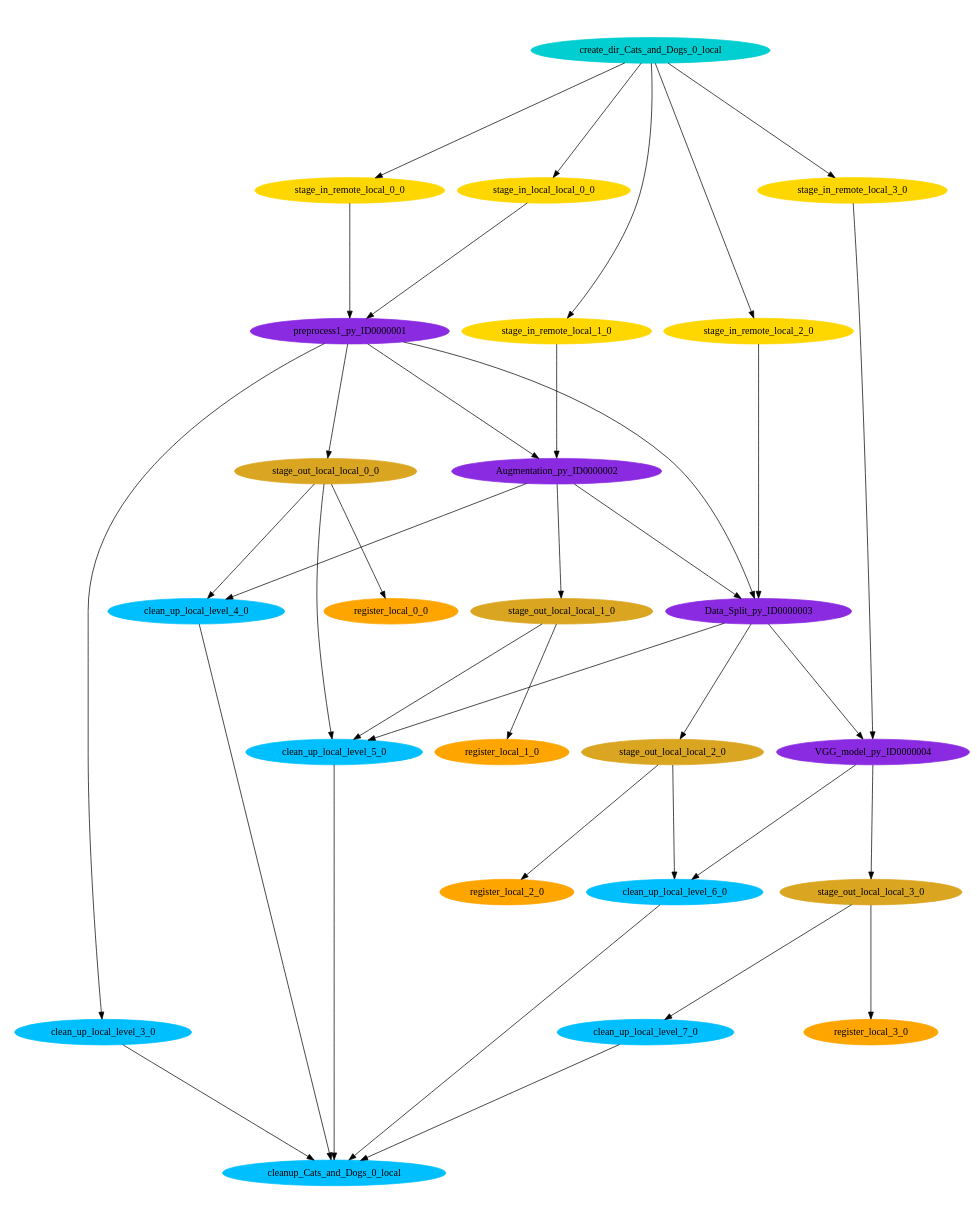
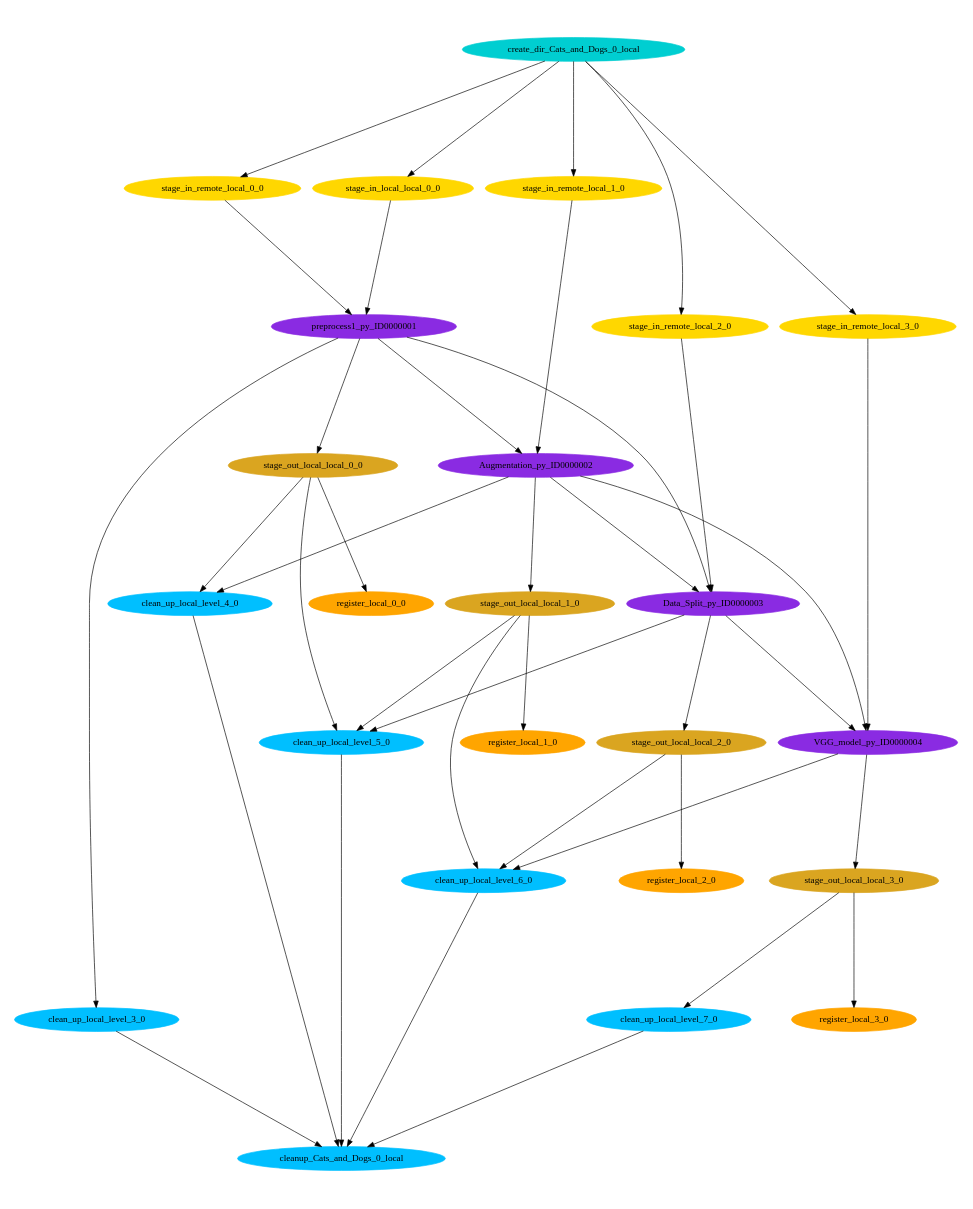
One commit to ssrujanaa/Scientific-Workflows changed the diagram in shared-data/CatsAndDogs/scitech/pegasus/Cats_and_Dogs/run0001/Cats_and_Dogs-0.dot. Above: the diagram before and after it, drawn with Graphviz. The commit also changed 1801 other files, not shown here.

```diff
--- a/shared-data/CatsAndDogs/scitech/pegasus/Cats_and_Dogs/run0001/Cats_and_Dogs-0.dot
+++ b/shared-data/CatsAndDogs/scitech/pegasus/Cats_and_Dogs/run0001/Cats_and_Dogs-0.dot
@@ -1,67 +1,69 @@
 digraph E {
 size="8.0,10.0"
 ratio=fill
 node [shape=ellipse]
 edge [arrowhead=normal, arrowsize=1.0]
 	"stage_in_remote_local_2_0" [color=gold,style=filled,label="stage_in_remote_local_2_0"]
 	"cleanup_Cats_and_Dogs_0_local" [color=deepskyblue,style=filled,label="cleanup_Cats_and_Dogs_0_local"]
 	"stage_in_remote_local_1_0" [color=gold,style=filled,label="stage_in_remote_local_1_0"]
 	"stage_in_remote_local_0_0" [color=gold,style=filled,label="stage_in_remote_local_0_0"]
 	"stage_out_local_local_3_0" [color=goldenrod,style=filled,label="stage_out_local_local_3_0"]
 	"stage_out_local_local_2_0" [color=goldenrod,style=filled,label="stage_out_local_local_2_0"]
 	"stage_out_local_local_1_0" [color=goldenrod,style=filled,label="stage_out_local_local_1_0"]
 	"clean_up_local_level_3_0" [color=deepskyblue,style=filled,label="clean_up_local_level_3_0"]
 	"preprocess1_py_ID0000001" [color=blueviolet,style=filled,label="preprocess1_py_ID0000001"]
 	"VGG_model_py_ID0000004" [color=blueviolet,style=filled,label="VGG_model_py_ID0000004"]
 	"stage_out_local_local_0_0" [color=goldenrod,style=filled,label="stage_out_local_local_0_0"]
 	"clean_up_local_level_4_0" [color=deepskyblue,style=filled,label="clean_up_local_level_4_0"]
 	"clean_up_local_level_5_0" [color=deepskyblue,style=filled,label="clean_up_local_level_5_0"]
 	"clean_up_local_level_6_0" [color=deepskyblue,style=filled,label="clean_up_local_level_6_0"]
 	"clean_up_local_level_7_0" [color=deepskyblue,style=filled,label="clean_up_local_level_7_0"]
 	"stage_in_local_local_0_0" [color=gold,style=filled,label="stage_in_local_local_0_0"]
 	"Augmentation_py_ID0000002" [color=blueviolet,style=filled,label="Augmentation_py_ID0000002"]
 	"Data_Split_py_ID0000003" [color=blueviolet,style=filled,label="Data_Split_py_ID0000003"]
 	"create_dir_Cats_and_Dogs_0_local" [color=darkturquoise,style=filled,label="create_dir_Cats_and_Dogs_0_local"]
 	"register_local_3_0" [color=orange,style=filled,label="register_local_3_0"]
 	"register_local_2_0" [color=orange,style=filled,label="register_local_2_0"]
 	"register_local_1_0" [color=orange,style=filled,label="register_local_1_0"]
 	"register_local_0_0" [color=orange,style=filled,label="register_local_0_0"]
 	"stage_in_remote_local_3_0" [color=gold,style=filled,label="stage_in_remote_local_3_0"]
 
 	"stage_in_remote_local_2_0" -> "Data_Split_py_ID0000003"
 	"stage_in_remote_local_1_0" -> "Augmentation_py_ID0000002"
 	"stage_in_remote_local_0_0" -> "preprocess1_py_ID0000001"
 	"stage_out_local_local_3_0" -> "register_local_3_0"
 	"stage_out_local_local_3_0" -> "clean_up_local_level_7_0"
 	"stage_out_local_local_2_0" -> "register_local_2_0"
 	"stage_out_local_local_2_0" -> "clean_up_local_level_6_0"
 	"stage_out_local_local_1_0" -> "register_local_1_0"
 	"stage_out_local_local_1_0" -> "clean_up_local_level_5_0"
+	"stage_out_local_local_1_0" -> "clean_up_local_level_6_0"
 	"clean_up_local_level_3_0" -> "cleanup_Cats_and_Dogs_0_local"
+	"preprocess1_py_ID0000001" -> "Data_Split_py_ID0000003"
 	"preprocess1_py_ID0000001" -> "Augmentation_py_ID0000002"
-	"preprocess1_py_ID0000001" -> "Data_Split_py_ID0000003"
 	"preprocess1_py_ID0000001" -> "clean_up_local_level_3_0"
 	"preprocess1_py_ID0000001" -> "stage_out_local_local_0_0"
 	"VGG_model_py_ID0000004" -> "stage_out_local_local_3_0"
 	"VGG_model_py_ID0000004" -> "clean_up_local_level_6_0"
 	"stage_out_local_local_0_0" -> "register_local_0_0"
 	"stage_out_local_local_0_0" -> "clean_up_local_level_4_0"
 	"stage_out_local_local_0_0" -> "clean_up_local_level_5_0"
 	"clean_up_local_level_4_0" -> "cleanup_Cats_and_Dogs_0_local"
 	"clean_up_local_level_5_0" -> "cleanup_Cats_and_Dogs_0_local"
 	"clean_up_local_level_6_0" -> "cleanup_Cats_and_Dogs_0_local"
 	"clean_up_local_level_7_0" -> "cleanup_Cats_and_Dogs_0_local"
 	"stage_in_local_local_0_0" -> "preprocess1_py_ID0000001"
 	"Augmentation_py_ID0000002" -> "Data_Split_py_ID0000003"
 	"Augmentation_py_ID0000002" -> "stage_out_local_local_1_0"
+	"Augmentation_py_ID0000002" -> "VGG_model_py_ID0000004"
 	"Augmentation_py_ID0000002" -> "clean_up_local_level_4_0"
 	"Data_Split_py_ID0000003" -> "stage_out_local_local_2_0"
 	"Data_Split_py_ID0000003" -> "VGG_model_py_ID0000004"
 	"Data_Split_py_ID0000003" -> "clean_up_local_level_5_0"
 	"create_dir_Cats_and_Dogs_0_local" -> "stage_in_remote_local_2_0"
 	"create_dir_Cats_and_Dogs_0_local" -> "stage_in_remote_local_1_0"
 	"create_dir_Cats_and_Dogs_0_local" -> "stage_in_remote_local_0_0"
 	"create_dir_Cats_and_Dogs_0_local" -> "stage_in_local_local_0_0"
 	"create_dir_Cats_and_Dogs_0_local" -> "stage_in_remote_local_3_0"
 	"stage_in_remote_local_3_0" -> "VGG_model_py_ID0000004"
 }
```
